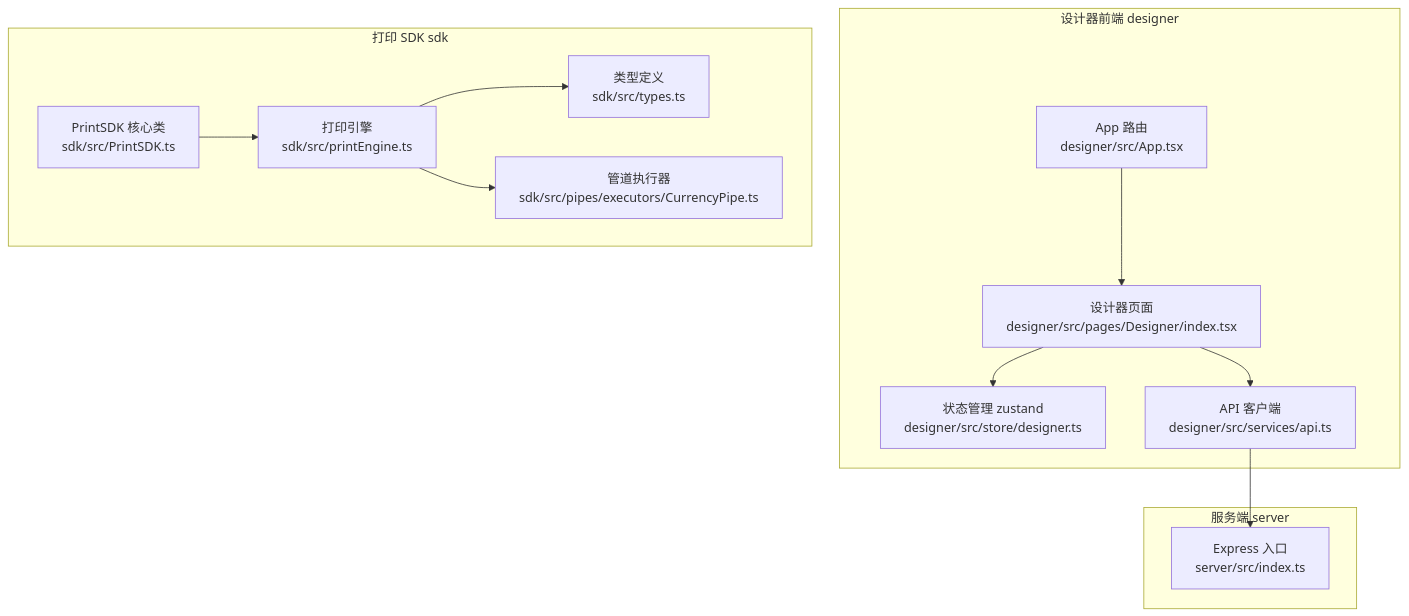
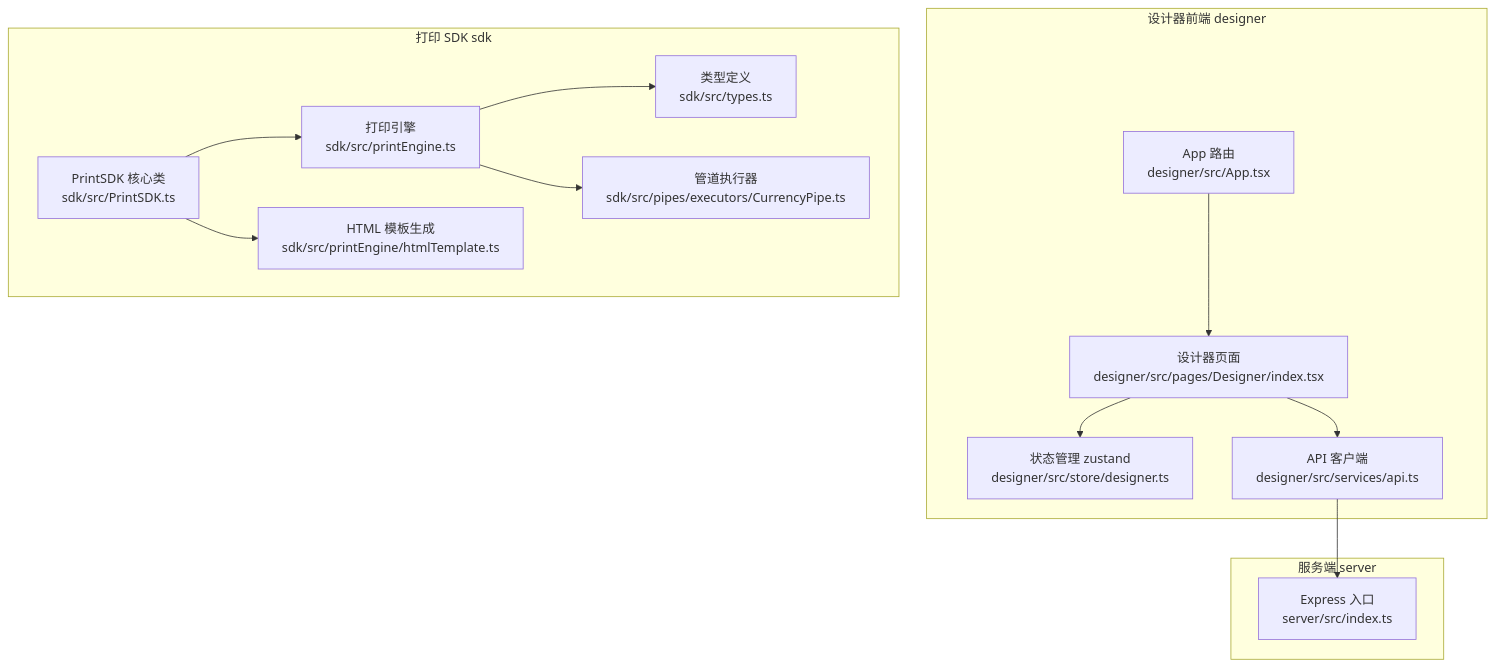
The first of 8 diagrams in .qoder/repowiki/zh/content/项目概述/核心功能特性/核心功能特性.md (joker-yjc/printer), drawn with Mermaid before and after one commit. The commit also changed other lines of this file and 4 other files, not shown here.

````diff
--- a/.qoder/repowiki/zh/content/项目概述/核心功能特性/核心功能特性.md
+++ b/.qoder/repowiki/zh/content/项目概述/核心功能特性/核心功能特性.md
@@ -49,25 +58,27 @@
 ```mermaid
 graph TB
 subgraph "设计器前端 designer"
 A_App["App 路由<br/>designer/src/App.tsx"]
 A_Designer["设计器页面<br/>designer/src/pages/Designer/index.tsx"]
 A_Store["状态管理 zustand<br/>designer/src/store/designer.ts"]
 A_API["API 客户端<br/>designer/src/services/api.ts"]
 end
 subgraph "打印 SDK sdk"
 S_SDK["PrintSDK 核心类<br/>sdk/src/PrintSDK.ts"]
 S_Engine["打印引擎<br/>sdk/src/printEngine.ts"]
 S_Types["类型定义<br/>sdk/src/types.ts"]
 S_Pipes["管道执行器<br/>sdk/src/pipes/executors/CurrencyPipe.ts"]
+S_HTML["HTML 模板生成<br/>sdk/src/printEngine/htmlTemplate.ts"]
 end
 subgraph "服务端 server"
 C_Server["Express 入口<br/>server/src/index.ts"]
 end
 A_App --> A_Designer
 A_Designer --> A_Store
 A_Designer --> A_API
 A_API --> C_Server
 S_SDK --> S_Engine
 S_Engine --> S_Types
 S_Engine --> S_Pipes
+S_SDK --> S_HTML
 ```
````
